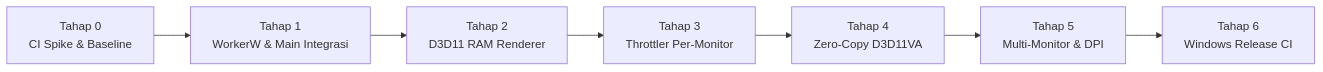
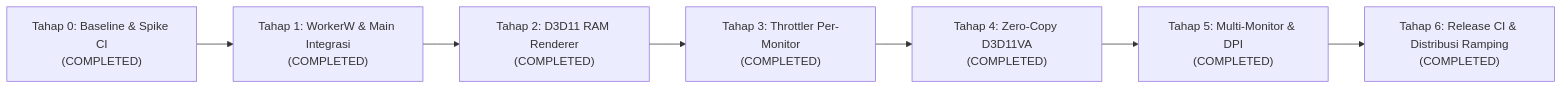
One commit to ExiroStudio/nativis changed the second of 2 diagrams in docs/WINDOWS_PLATFORM_PLAN.md. Above: the diagram before and after it, drawn with Mermaid. The commit also changed other lines of this file and 10 other files, not shown here.

Commit message:
feat: implement CI for Windows and enhance platform support with DPI awareness and monitor management

````diff
--- a/docs/WINDOWS_PLATFORM_PLAN.md
+++ b/docs/WINDOWS_PLATFORM_PLAN.md
@@ -183,9 +183,9 @@
 ```mermaid
 flowchart LR
-    T0["Tahap 0<br/>CI Spike & Baseline"] --> T1["Tahap 1<br/>WorkerW & Main Integrasi"]
-    T1 --> T2["Tahap 2<br/>D3D11 RAM Renderer"]
-    T2 --> T3["Tahap 3<br/>Throttler Per-Monitor"]
-    T3 --> T4["Tahap 4<br/>Zero-Copy D3D11VA"]
-    T4 --> T5["Tahap 5<br/>Multi-Monitor & DPI"]
-    T5 --> T6["Tahap 6<br/>Windows Release CI"]
+    T0["Tahap 0: Baseline & Spike CI<br/>(COMPLETED)"] --> T1["Tahap 1: WorkerW & Main Integrasi<br/>(COMPLETED)"]
+    T1 --> T2["Tahap 2: D3D11 RAM Renderer<br/>(COMPLETED)"]
+    T2 --> T3["Tahap 3: Throttler Per-Monitor<br/>(COMPLETED)"]
+    T3 --> T4["Tahap 4: Zero-Copy D3D11VA<br/>(COMPLETED)"]
+    T4 --> T5["Tahap 5: Multi-Monitor & DPI<br/>(COMPLETED)"]
+    T5 --> T6["Tahap 6: Release CI & Distribusi Ramping<br/>(COMPLETED)"]
 ```
````
